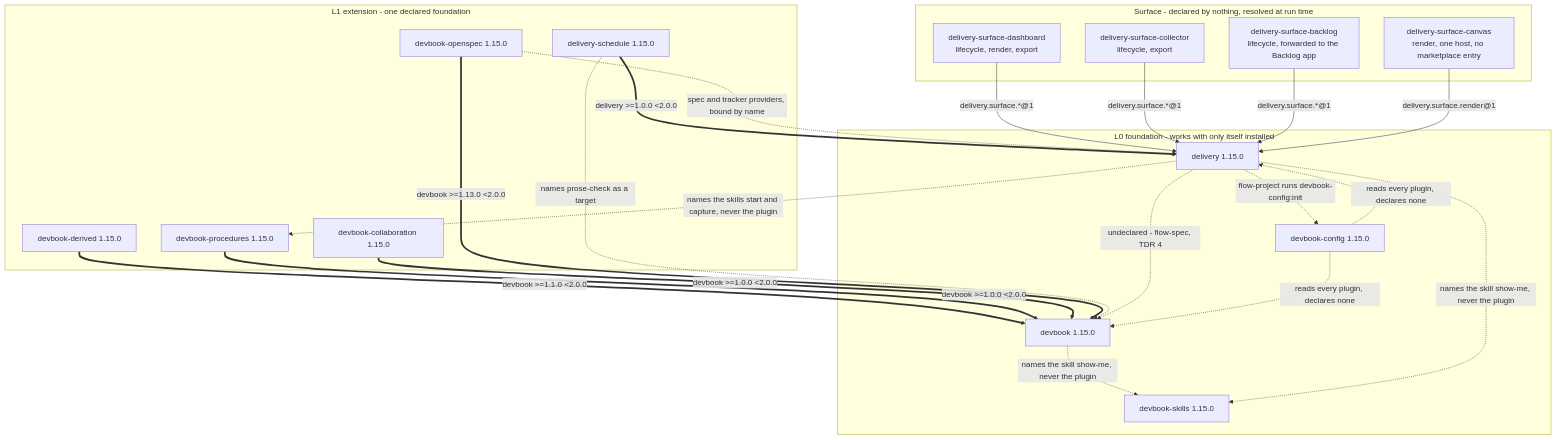
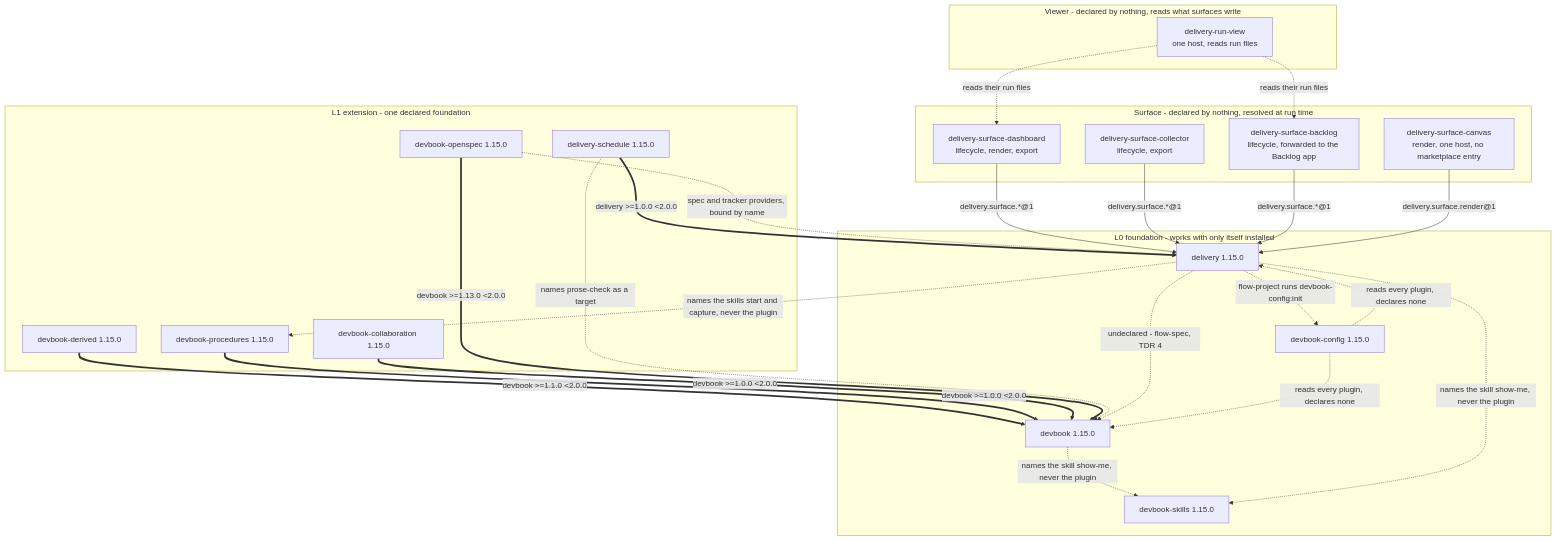
One commit to JSdotNet/ai-agent-stack changed the first of 3 diagrams in .devbook/arc42/05-building-block-view.md. Above: the diagram before and after it, drawn with Mermaid. The commit also changed other lines of this file and 13 other files, not shown here.

First line of the commit message:
delivery-run-view: a Claude Code view of delivery runs

````diff
--- a/.devbook/arc42/05-building-block-view.md
+++ b/.devbook/arc42/05-building-block-view.md
@@ -29,45 +29,51 @@
 ```mermaid
 flowchart TB
     subgraph L0["L0 foundation - works with only itself installed"]
         DEV["devbook 1.15.0"]
         DEL["delivery 1.15.0"]
         CFG["devbook-config 1.15.0"]
         SKL["devbook-skills 1.15.0"]
     end
 
     subgraph L1["L1 extension - one declared foundation"]
         DBD["devbook-derived 1.15.0"]
         DPR["devbook-procedures 1.15.0"]
         DBC["devbook-collaboration 1.15.0"]
         DOS["devbook-openspec 1.15.0"]
         SCH["delivery-schedule 1.15.0"]
     end
 
     subgraph SURF["Surface - declared by nothing, resolved at run time"]
         SD["delivery-surface-dashboard<br/>lifecycle, render, export"]
         SL["delivery-surface-collector<br/>lifecycle, export"]
         SB["delivery-surface-backlog<br/>lifecycle, forwarded to the Backlog app"]
         SC["delivery-surface-canvas<br/>render, one host, no marketplace entry"]
     end
 
+    subgraph VIEW["Viewer - declared by nothing, reads what surfaces write"]
+        RV["delivery-run-view<br/>one host, reads run files"]
+    end
+
     DBD ==>|"devbook >=1.1.0 &lt;2.0.0"| DEV
     DPR ==>|"devbook >=1.0.0 &lt;2.0.0"| DEV
     DBC ==>|"devbook >=1.0.0 &lt;2.0.0"| DEV
     DOS ==>|"devbook >=1.13.0 &lt;2.0.0"| DEV
     SCH ==>|"delivery >=1.0.0 &lt;2.0.0"| DEL
 
     SD -->|"delivery.surface.*@1"| DEL
     SL -->|"delivery.surface.*@1"| DEL
     SB -->|"delivery.surface.*@1"| DEL
     SC -->|"delivery.surface.render@1"| DEL
+    RV -.->|"reads their run files"| SD
+    RV -.->|"reads their run files"| SB
 
     SCH -.->|"names prose-check as a target"| DEV
     DEL -.->|"undeclared - flow-spec, TDR 4"| DEV
     DEL -.->|"names the skills start and capture, never the plugin"| DPR
     CFG -.->|"reads every plugin, declares none"| DEV
     CFG -.->|"reads every plugin, declares none"| DEL
     DEL -.->|"flow-project runs devbook-config:init"| CFG
     DOS -.->|"spec and tracker providers, bound by name"| DEL
     DEV -.->|"names the skill show-me, never the plugin"| SKL
     DEL -.->|"names the skill show-me, never the plugin"| SKL
 ```
````
